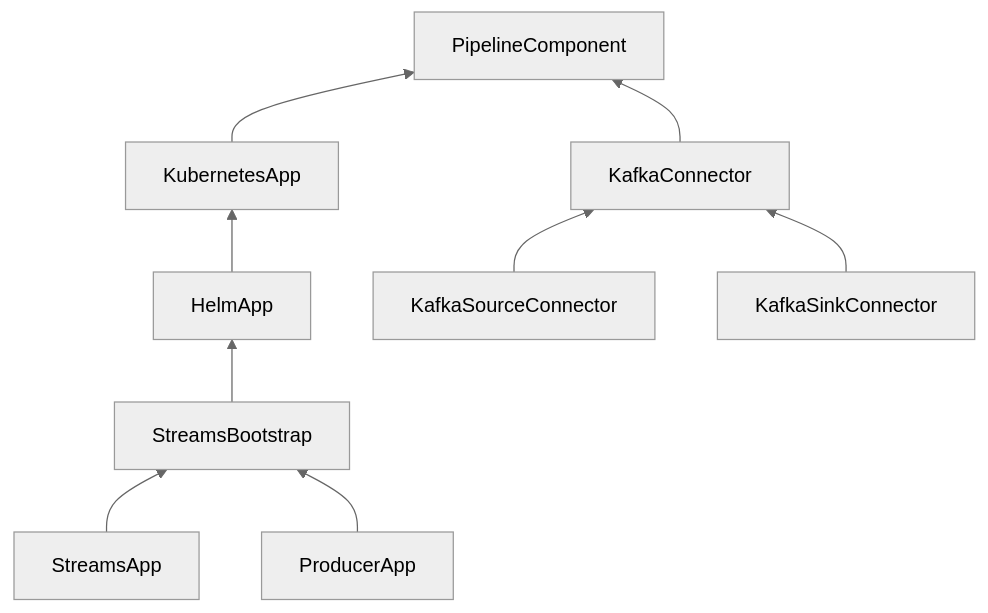
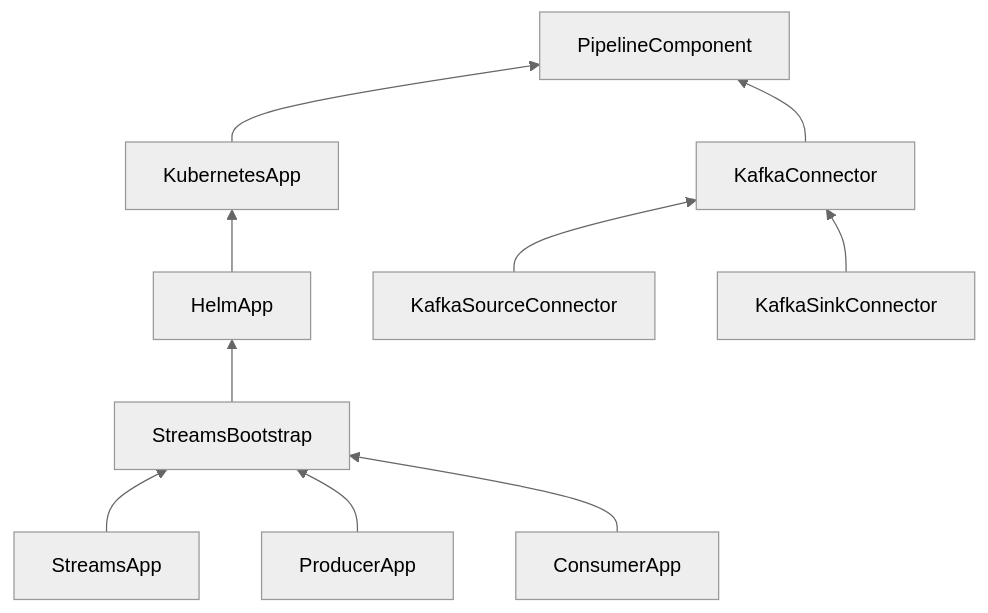
The diagram in docs/docs/resources/architecture/components-hierarchy.md (bakdata/kpops), drawn with Mermaid (neutral theme) before and after one commit.

Commit message:
docs: update components hierarchy diagram

````diff
--- a/docs/docs/resources/architecture/components-hierarchy.md
+++ b/docs/docs/resources/architecture/components-hierarchy.md
@@ -1,20 +1,22 @@
 ```mermaid
 flowchart BT
     KubernetesApp --> PipelineComponent
     HelmApp --> KubernetesApp
     StreamsBootstrap --> HelmApp
     StreamsApp --> StreamsBootstrap
     ProducerApp --> StreamsBootstrap
+    ConsumerApp --> StreamsBootstrap
     KafkaConnector --> PipelineComponent
     KafkaSourceConnector --> KafkaConnector
     KafkaSinkConnector --> KafkaConnector
 
     click KubernetesApp "./../kubernetes-app"
     click HelmApp "./../helm-app"
     click StreamsBootstrap "./../streams-bootstrap"
     click StreamsApp "./../streams-app"
     click ProducerApp "./../producer-app"
+    click ConsumerApp "./../consumer-app"
     click KafkaConnector "./../kafka-connector"
     click KafkaSourceConnector "./../kafka-source-connector"
     click KafkaSinkConnector "./../kafka-sink-connector"
 ```
````
